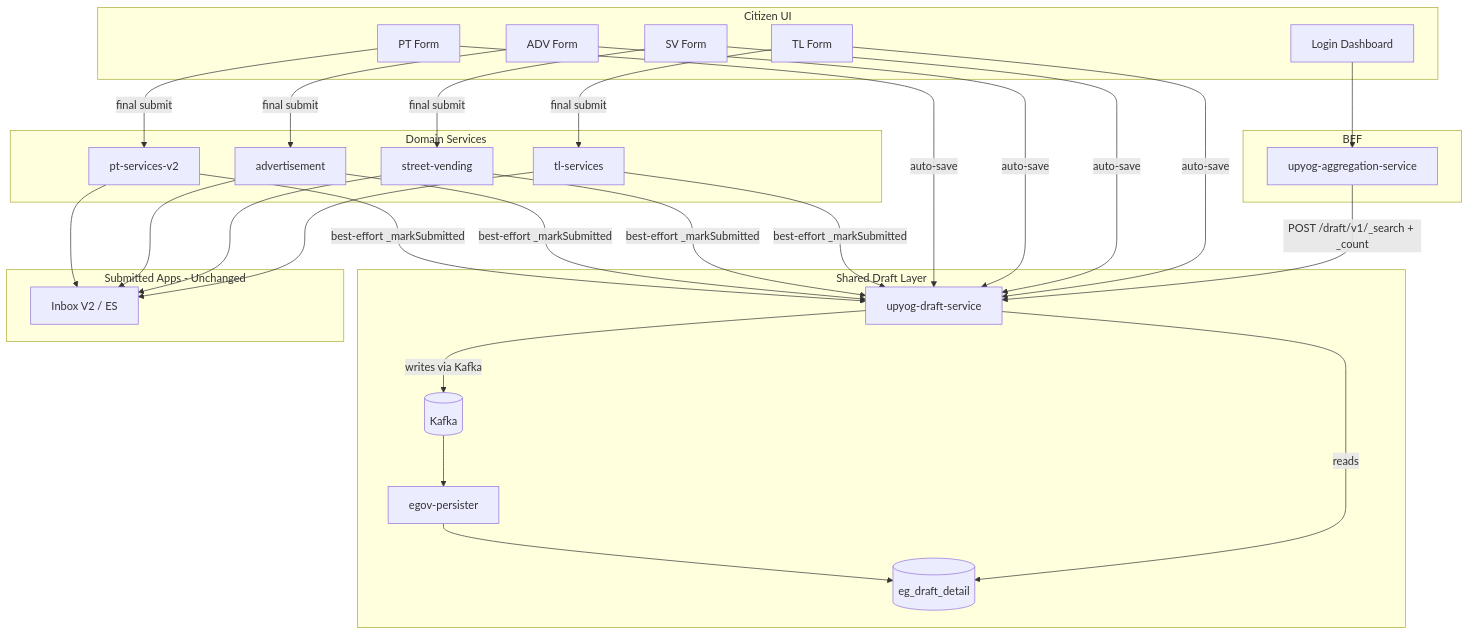
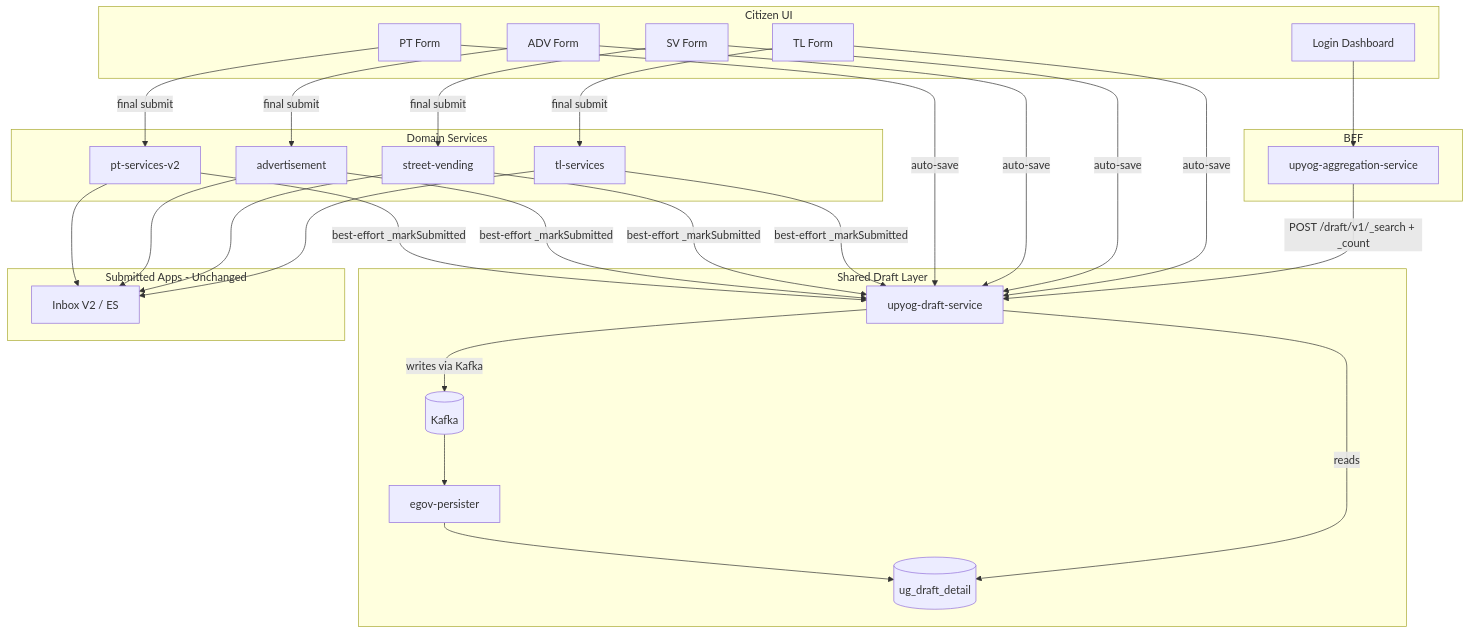
Before and after one commit to upyog/UPYOG: the second of 12 diagrams in core-services/upyog-draft-service/ARCHITECTURE.md, drawn with Mermaid. The commit also changed other lines of this file and 3 other files, not shown here.

Commit message:
updating table from eg_draft_detail to ug_draft_detail

````diff
--- a/core-services/upyog-draft-service/ARCHITECTURE.md
+++ b/core-services/upyog-draft-service/ARCHITECTURE.md
@@ -94,60 +94,60 @@
 ```mermaid
 flowchart TB
     subgraph citizenUI [Citizen UI]
         LoginScreen[Login Dashboard]
         TLForm[TL Form]
         SVForm[SV Form]
         ADVForm[ADV Form]
         PTForm[PT Form]
     end
 
     subgraph bff [BFF]
         AggSvc[upyog-aggregation-service]
     end
 
     subgraph draftLayer [Shared Draft Layer]
         DraftSvc[upyog-draft-service]
-        DraftDB[(eg_draft_detail)]
+        DraftDB[(ug_draft_detail)]
         Persister[egov-persister]
         Kafka[(Kafka)]
     end
 
     subgraph domainServices [Domain Services]
         TL[tl-services]
         SV[street-vending]
         ADV[advertisement]
         PT[pt-services-v2]
     end
 
     subgraph workflowLayer [Submitted Apps - Unchanged]
         InboxV2[Inbox V2 / ES]
     end
 
     LoginScreen --> AggSvc
     AggSvc -->|"POST /draft/v1/_search + _count"| DraftSvc
     DraftSvc -->|"reads"| DraftDB
 
     TLForm -->|"auto-save"| DraftSvc
     SVForm -->|"auto-save"| DraftSvc
     ADVForm -->|"auto-save"| DraftSvc
     PTForm -->|"auto-save"| DraftSvc
 
     TLForm -->|"final submit"| TL
     SVForm -->|"final submit"| SV
     ADVForm -->|"final submit"| ADV
     PTForm -->|"final submit"| PT
 
     TL -->|"best-effort _markSubmitted"| DraftSvc
     SV -->|"best-effort _markSubmitted"| DraftSvc
     ADV -->|"best-effort _markSubmitted"| DraftSvc
     PT -->|"best-effort _markSubmitted"| DraftSvc
 
     DraftSvc -->|"writes via Kafka"| Kafka
     Kafka --> Persister
     Persister --> DraftDB
 
     TL --> InboxV2
     SV --> InboxV2
     ADV --> InboxV2
     PT --> InboxV2
 ```
````
